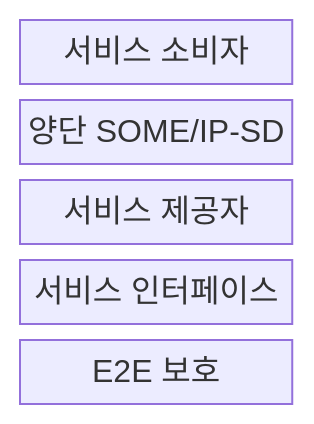
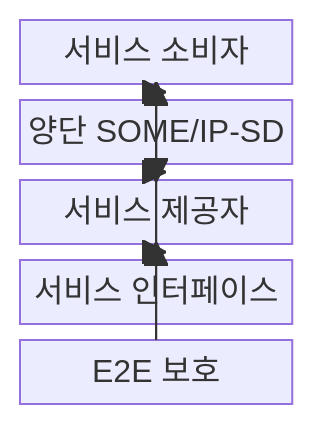
One commit to agnusdei1207/knowledge-base changed the first of 2 diagrams in src/content/docs/notes/04-network/082_some_ip_automotive_ethernet.md. Above: the diagram before and after it, drawn with Mermaid. The commit also changed other lines of this file and 20 other files, not shown here.

````diff
--- a/src/content/docs/notes/04-network/082_some_ip_automotive_ethernet.md
+++ b/src/content/docs/notes/04-network/082_some_ip_automotive_ethernet.md
@@ -55,9 +61,16 @@
 ```mermaid
 block-beta
     columns 1
     CONSUMER["서비스 소비자"]
     DISCOVERY["양단 SOME/IP-SD"]
     PROVIDER["서비스 제공자"]
     CONTRACT["서비스 인터페이스"]
     E2E["E2E 보호"]
+    CONTRACT --> CONSUMER
+    CONTRACT --> PROVIDER
+    CONSUMER --> DISCOVERY
+    PROVIDER --> DISCOVERY
+    CONSUMER --> PROVIDER
+    E2E --> CONSUMER
+    E2E --> PROVIDER
 ```
````
